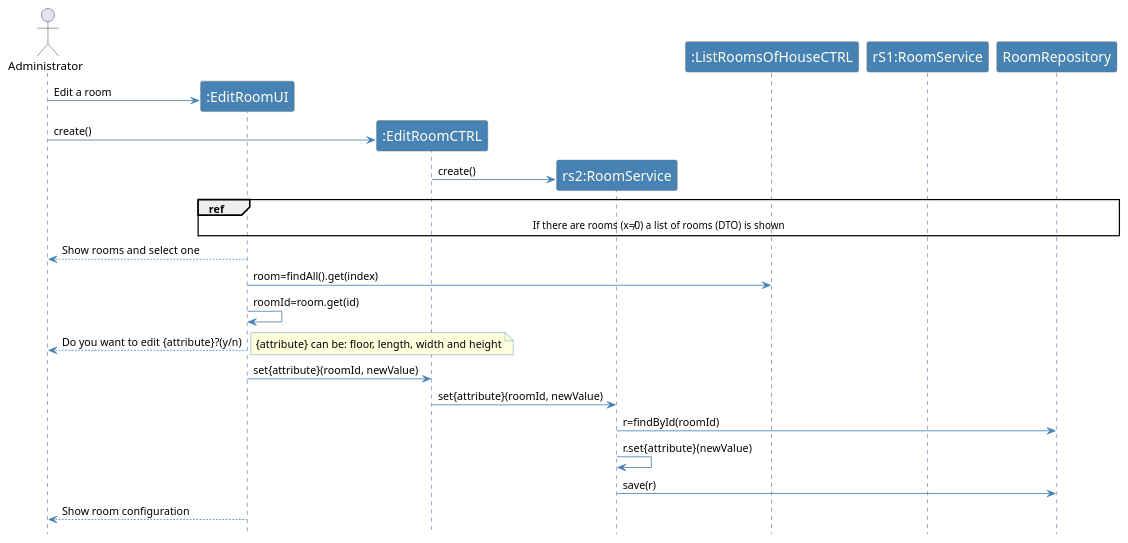
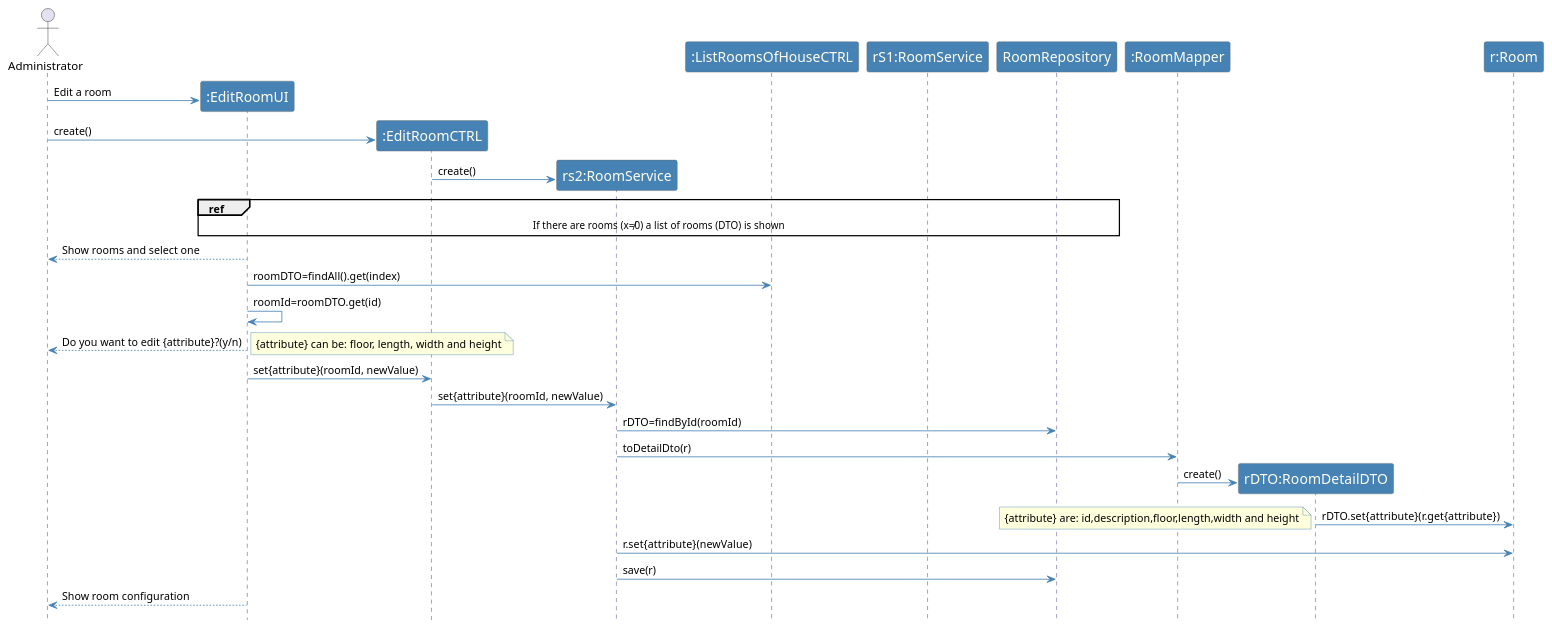
Before and after one commit to emanuel-pereira/hou: the diagram in src/main/java/smarthome/controller/sequenceDiagrams/sd_EditRoom.puml, drawn with PlantUML. The commit also changed 2 other files, not shown here.

Commit message:
US109: update sequence diagrams (more detailed DTO connections). Ref #249

```diff
--- a/src/main/java/smarthome/controller/sequenceDiagrams/sd_EditRoom.puml
+++ b/src/main/java/smarthome/controller/sequenceDiagrams/sd_EditRoom.puml
@@ -1,52 +1,59 @@
 @startuml
 hidefootbox
 
 actor Administrator
 
 skinparam sequence {
 	ArrowColor SteelBlue
 	ActorBorderColor Dimgray
 	LifeLineBorderColor MidnightBlue
 	LifeLineBackgroundColor #A9DCDF
 
 	ParticipantBorderColor Dimgray
 	ParticipantBackgroundColor SteelBlue
 	ParticipantFontName Calibri Bold
 	ParticipantFontSize 17
 	ParticipantFontColor Ivory
 
 	ActorBackgroundColor SteelBlue
 	ActorFontColor MidnightBlue
 	ActorFontSize 17
 	ActorFontName Aapex
 
 }
 
 skinparam note {
 BorderColor SteelBlue
 }
 
 create ":EditRoomUI"
 Administrator -> ":EditRoomUI":Edit a room
 create ":EditRoomCTRL"
 Administrator -> ":EditRoomCTRL": create()
 create "rs2:RoomService"
 ":EditRoomCTRL" -> "rs2:RoomService": create()
 ref over ":EditRoomUI", ":ListRoomsOfHouseCTRL", "rS1:RoomService", RoomRepository: If there are rooms (x≠0) a list of rooms (DTO) is shown
 Administrator <-- ":EditRoomUI": Show rooms and select one
-":EditRoomUI" -> ":ListRoomsOfHouseCTRL": room=findAll().get(index)
-":EditRoomUI" -> ":EditRoomUI": roomId=room.get(id)
+":EditRoomUI" -> ":ListRoomsOfHouseCTRL": roomDTO=findAll().get(index)
+":EditRoomUI" -> ":EditRoomUI": roomId=roomDTO.get(id)
 
 Administrator <-- ":EditRoomUI": Do you want to edit {attribute}?(y/n)
 note right
 {attribute} can be: floor, length, width and height
     end note
 ":EditRoomUI" -> ":EditRoomCTRL": set{attribute}(roomId, newValue)
 ":EditRoomCTRL" -> "rs2:RoomService": set{attribute}(roomId, newValue)
-"rs2:RoomService" -> RoomRepository: r=findById(roomId)
-"rs2:RoomService" -> "rs2:RoomService": r.set{attribute}(newValue)
+"rs2:RoomService" -> RoomRepository: rDTO=findById(roomId)
+"rs2:RoomService" -> ":RoomMapper": toDetailDto(r)
+create "rDTO:RoomDetailDTO"
+":RoomMapper" -> "rDTO:RoomDetailDTO": create()
+"rDTO:RoomDetailDTO" -> "r:Room": rDTO.set{attribute}(r.get{attribute})
+note left
+{attribute} are: id,description,floor,length,width and height
+    end note
+"rs2:RoomService" -> "r:Room": r.set{attribute}(newValue)
 "rs2:RoomService" -> RoomRepository: save(r)
 
 Administrator <-- ":EditRoomUI": Show room configuration
 
 @enduml
```
